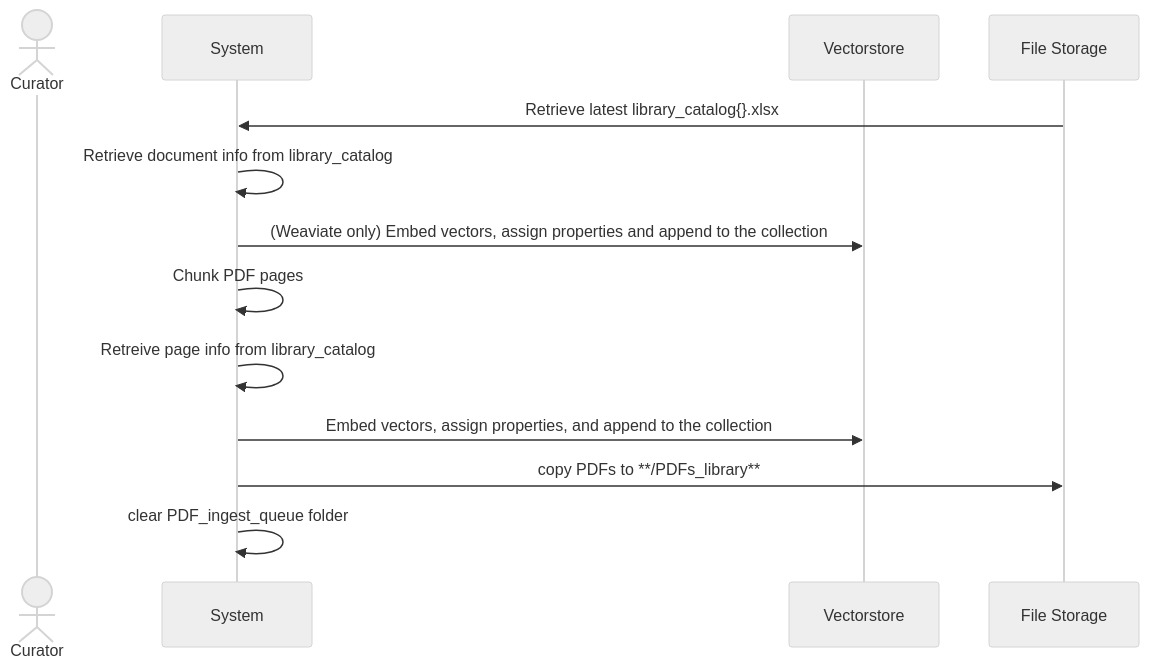
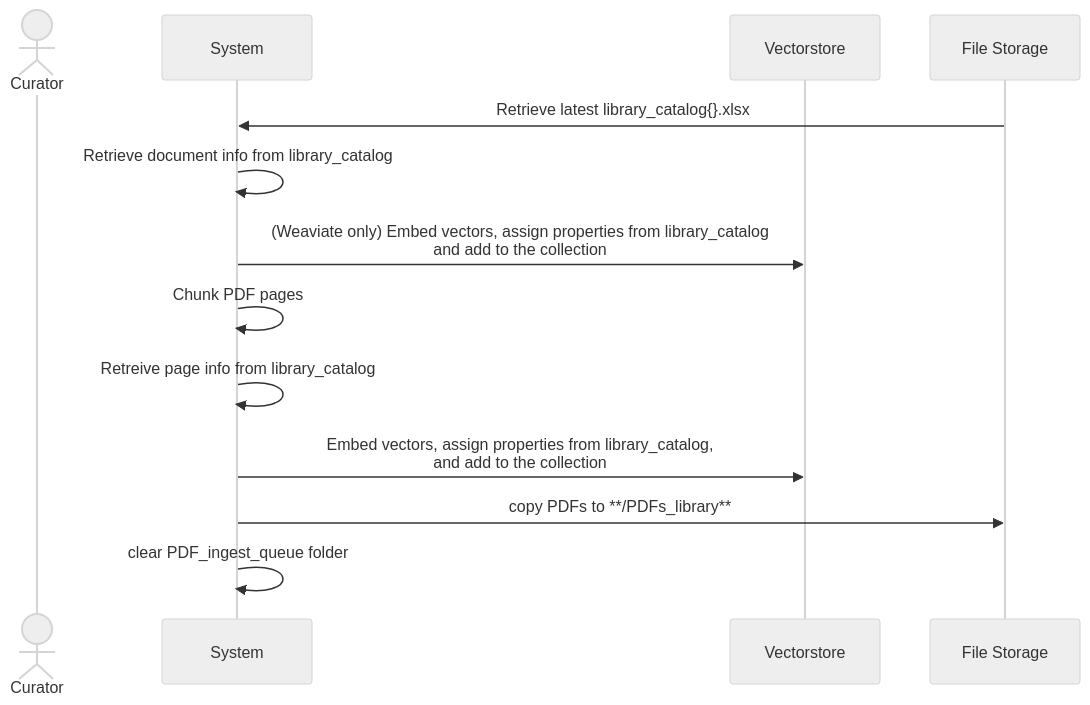
The second of 2 diagrams in docs/library_admin_processes.md (drew-wks/ASK), drawn with Mermaid (neutral theme) before and after one commit. The commit also changed other lines of this file and 11 other files, not shown here.

````diff
--- a/docs/library_admin_processes.md
+++ b/docs/library_admin_processes.md
@@ -28,15 +29,15 @@
 ```mermaid
 sequenceDiagram
     actor Curator
     participant System
     participant Vectorstore
 
     File Storage->>System: Retrieve latest library_catalog{}.xlsx
     System->>System: Retrieve document info from library_catalog
-    System->>Vectorstore: (Weaviate only) Embed vectors, assign properties and append to the collection
+    System->>Vectorstore: (Weaviate only) Embed vectors, assign properties from library_catalog<BR> and add to the collection
     System->>System: Chunk PDF pages
     System->>System: Retreive page info from library_catalog
-    System->>Vectorstore: Embed vectors, assign properties, and append to the collection
+    System->>Vectorstore: Embed vectors, assign properties from library_catalog,<BR> and add to the collection
     System->>File Storage: copy PDFs to **/PDFs_library**
     System->>System: clear PDF_ingest_queue folder
 ```
````
